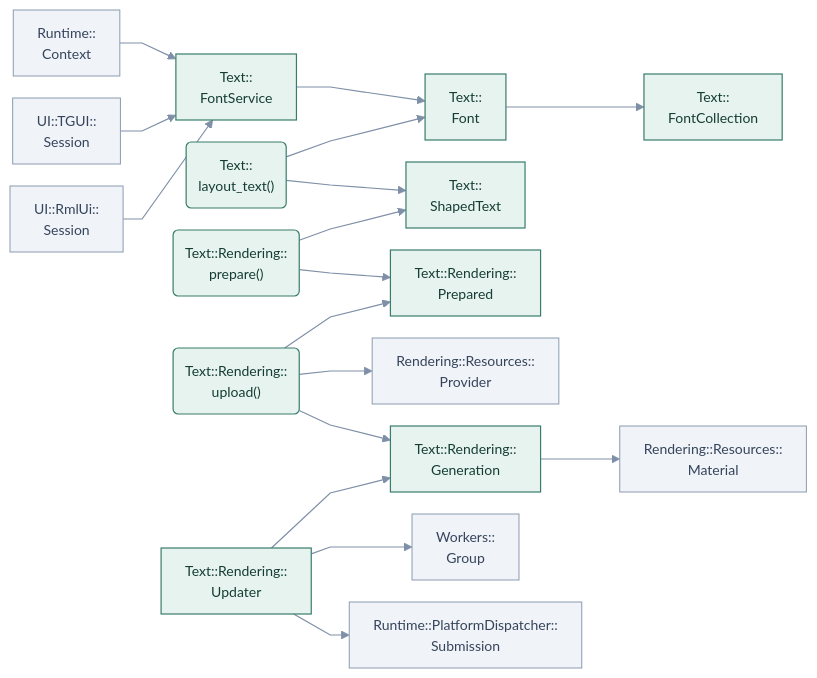
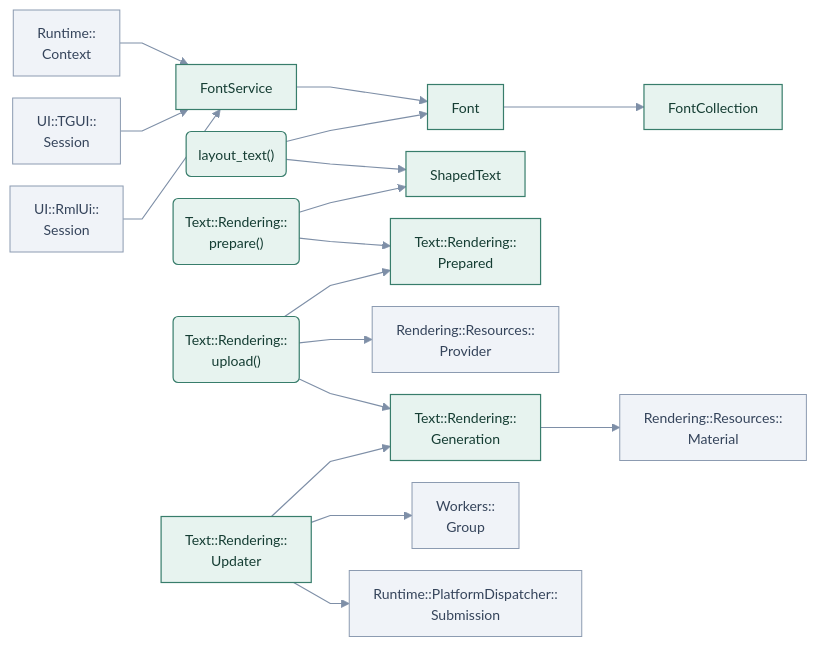
Before and after one commit to cppcooper/cheryl-engine: the diagram in docs/site/engine-systems/diagrams/text-internal.mmd, drawn with Mermaid. The commit also changed 54 other files, not shown here.

First line of the commit message:
Simplifies signatures and namespace labels across subsystem diagrams

```diff
--- a/docs/site/engine-systems/diagrams/text-internal.mmd
+++ b/docs/site/engine-systems/diagrams/text-internal.mmd
@@ -1,54 +1,54 @@
 ---
 config:
   theme: base
   themeVariables:
     fontFamily: system-ui, sans-serif
     fontSize: 14px
   flowchart:
     htmlLabels: true
     curve: linear
     nodeSpacing: 22
     rankSpacing: 38
     padding: 12
 ---
 flowchart LR
     accTitle: Text · engine integration
-    accDescr: Arrows point toward dependencies. Application roles are rounded; named API operations have rounded corners. Dashed arrows mark optional choices.
+    accDescr: Local names omit Text::; ambiguous nested namespaces remain qualified. Local names omit Text::; ambiguous nested namespaces remain qualified. Arrows point toward dependencies. Application roles are rounded; named API operations have rounded corners. Dashed arrows mark optional choices.
     k0["Runtime::<br/>Context"]:::neighbor
-    k1["Text::<br/>FontService"]:::focal
-    k2["Text::<br/>Font"]:::focal
-    k3["Text::<br/>FontCollection"]:::focal
-    k4("Text::<br/>layout_text()"):::focal
-    k5["Text::<br/>ShapedText"]:::focal
+    k1["FontService"]:::focal
+    k2["Font"]:::focal
+    k3["FontCollection"]:::focal
+    k4("layout_text()"):::focal
+    k5["ShapedText"]:::focal
     k6("Text::Rendering::<br/>prepare()"):::focal
     k7["Text::Rendering::<br/>Prepared"]:::focal
     k8("Text::Rendering::<br/>upload()"):::focal
     k9["Rendering::Resources::<br/>Provider"]:::neighbor
     k10["Text::Rendering::<br/>Generation"]:::focal
     k11["Rendering::Resources::<br/>Material"]:::neighbor
     k12["Text::Rendering::<br/>Updater"]:::focal
     k13["Workers::<br/>Group"]:::neighbor
     k14["Runtime::PlatformDispatcher::<br/>Submission"]:::neighbor
     k15["UI::TGUI::<br/>Session"]:::neighbor
     k16["UI::RmlUi::<br/>Session"]:::neighbor
     k0 --> k1
     k1 --> k2
     k2 --> k3
     k4 --> k2
     k4 --> k5
     k6 --> k5
     k6 --> k7
     k8 --> k7
     k8 --> k9
     k8 --> k10
     k10 --> k11
     k12 --> k10
     k12 --> k13
     k12 --> k14
     k15 --> k1
     k16 --> k1
     classDef focal fill:#e7f3ef,stroke:#387d6b,color:#153d33,stroke-width:1.2px
     classDef neighbor fill:#f0f3f8,stroke:#8c9bb1,color:#35445b,stroke-width:1px
     classDef app fill:#fff2df,stroke:#c09452,color:#674515,stroke-dasharray:5 3
     classDef system fill:#eaf0fc,stroke:#617fab,color:#263f69,stroke-width:1.2px
     linkStyle default stroke:#7e8fa7,stroke-width:1.2px
```
